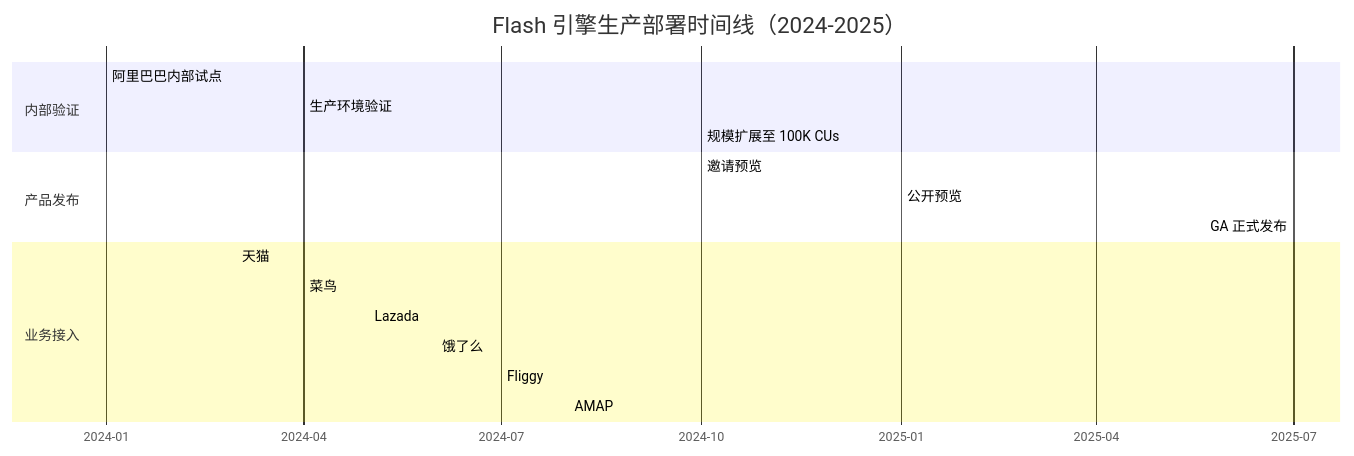
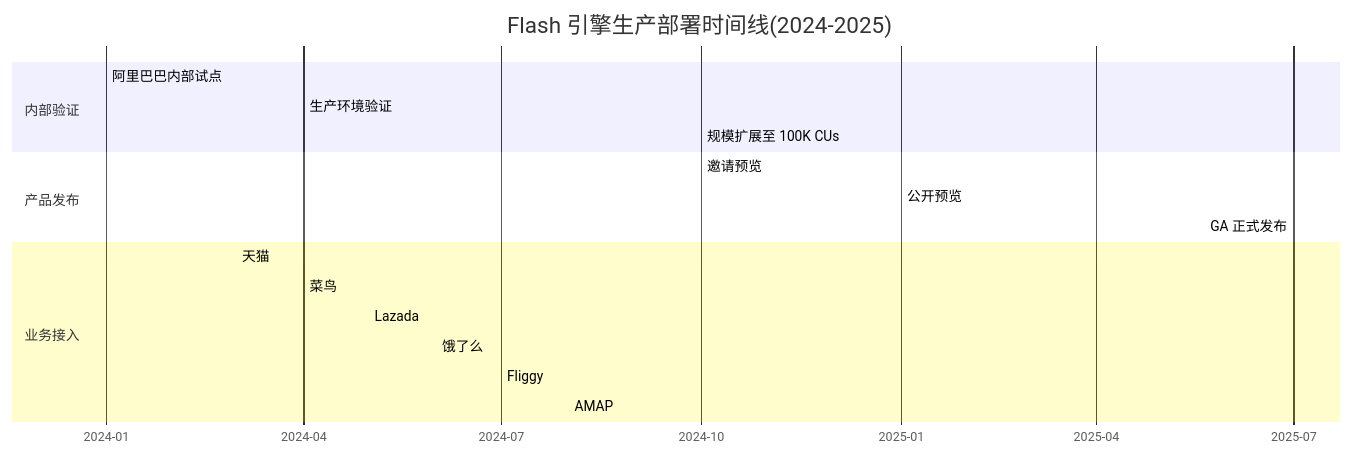
Before and after one commit to AdaMartin18010/AnalysisDataFlow: the sixth of 8 diagrams in Flink/07-rust-native/flash-engine/06-production-deployment-2025.md, drawn with Mermaid. The commit also changed other lines of this file and 634 other files, not shown here.

````diff
--- a/Flink/07-rust-native/flash-engine/06-production-deployment-2025.md
+++ b/Flink/07-rust-native/flash-engine/06-production-deployment-2025.md
@@ -795,24 +795,24 @@
 ```mermaid
 gantt
-    title Flash 引擎生产部署时间线（2024-2025）
+    title Flash 引擎生产部署时间线(2024-2025)
     dateFormat 2024-MM-DD
     axisFormat %Y-%m
 
     section 内部验证
     阿里巴巴内部试点     :done, internal1, 2024-01-01, 2024-03-31
     生产环境验证         :done, internal2, 2024-04-01, 2024-09-30
     规模扩展至 100K CUs  :done, internal3, 2024-10-01, 2025-03-31
 
     section 产品发布
     邀请预览             :done, preview1, 2024-10-01, 2025-03-31
     公开预览             :done, preview2, 2025-01-01, 2025-06-30
     GA 正式发布          :active, ga, 2025-07-01, 2025-12-31
 
     section 业务接入
     天猫                 :done, biz1, 2024-03-01, 2024-06-30
     菜鸟                 :done, biz2, 2024-04-01, 2024-07-31
     Lazada               :done, biz3, 2024-05-01, 2024-08-31
     饿了么               :done, biz4, 2024-06-01, 2024-09-30
     Fliggy               :done, biz5, 2024-07-01, 2024-10-31
     AMAP                 :done, biz6, 2024-08-01, 2024-11-30
 ```
````
